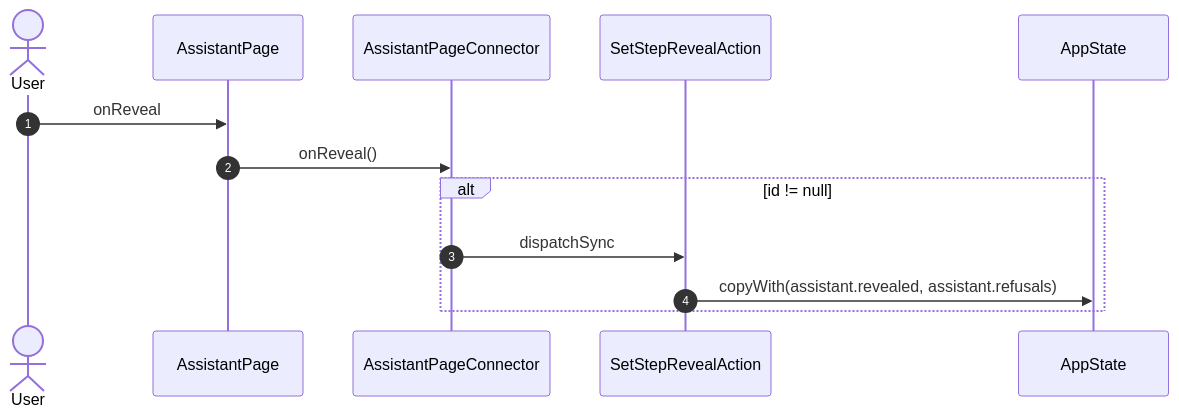
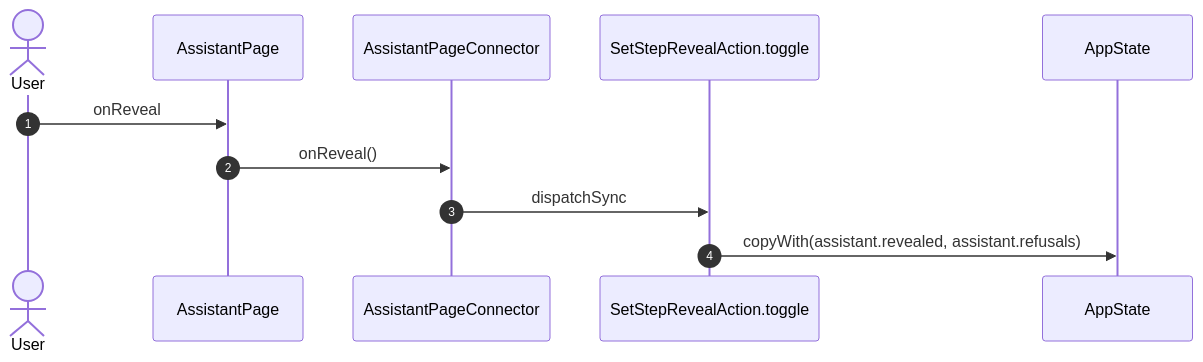
The sixth of 23 diagrams in studio/docs/flows/assistant.md (gencto/wyrm), drawn with Mermaid before and after one commit. The commit also changed other lines of this file and 94 other files, not shown here.

First line of the commit message:
studio: assistant: typed wire, words in ui, one action per intent

````diff
--- a/studio/docs/flows/assistant.md
+++ b/studio/docs/flows/assistant.md
@@ -111,16 +101,14 @@
 ```mermaid
 sequenceDiagram
     autonumber
     actor User
     participant UI as AssistantPage
     participant VM as AssistantPageConnector
-    participant A1 as SetStepRevealAction
+    participant A1 as SetStepRevealAction.toggle
     participant ST as AppState
 
     User->>UI: onReveal
     UI->>VM: onReveal()
-    alt id != null
-        VM->>A1: dispatchSync
-        A1->>ST: copyWith(assistant.revealed, assistant.refusals)
-    end
+    VM->>A1: dispatchSync
+    A1->>ST: copyWith(assistant.revealed, assistant.refusals)
 ```
````
